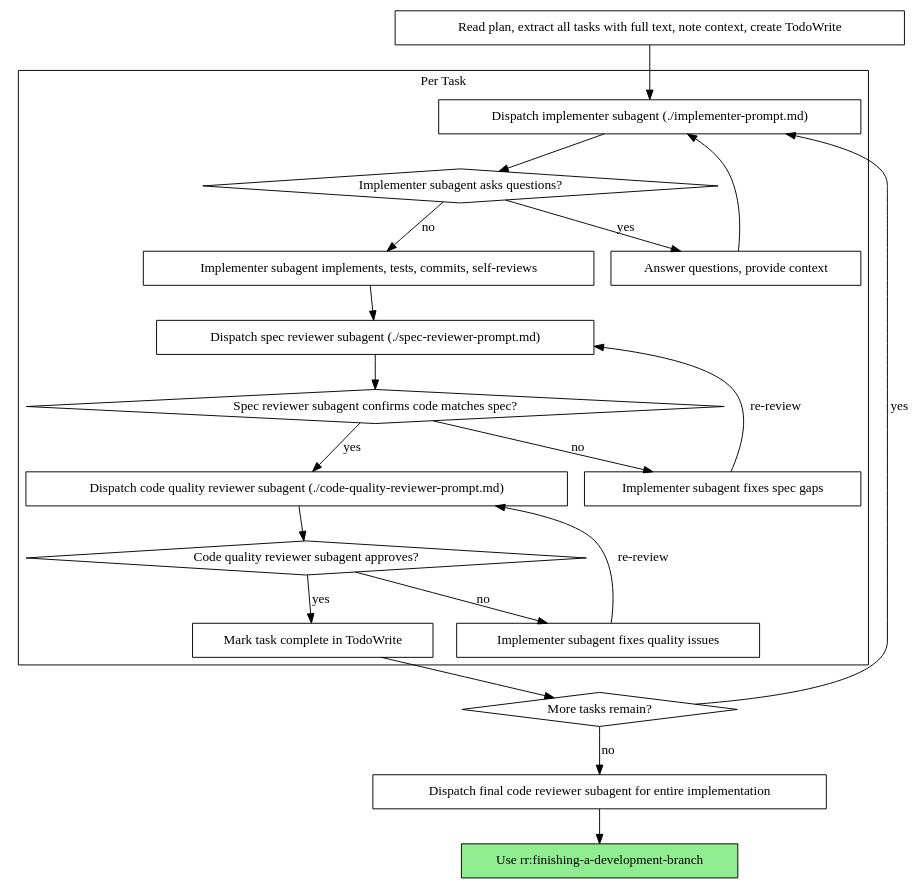
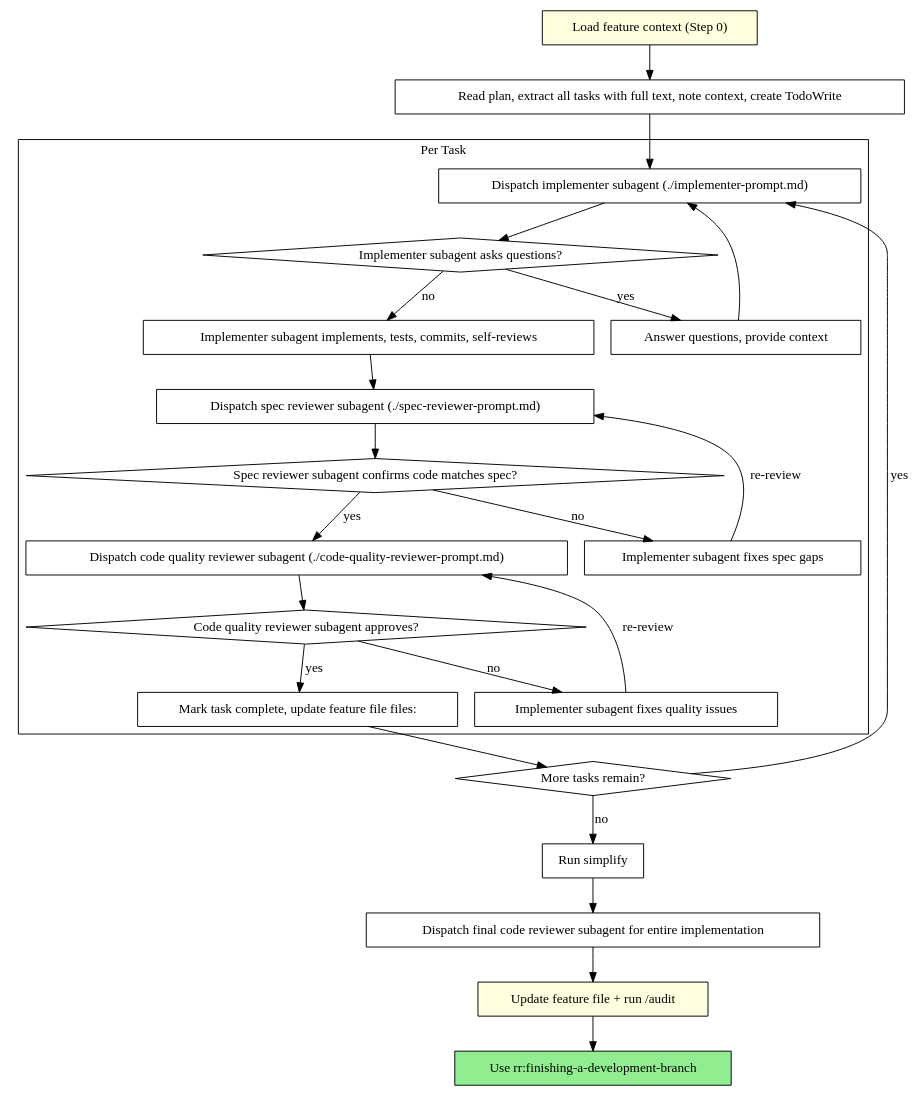
The second of 2 diagrams in plugins/rr/skills/subagent-driven-development/SKILL.md (kulfix/rezavo-plugins), drawn with Graphviz before and after one commit. The commit also changed other lines of this file and 3 other files, not shown here.

First line of the commit message:
feat(rr): v1.0.1 — feature-context enforcement, simplify step

````diff
--- a/plugins/rr/skills/subagent-driven-development/SKILL.md
+++ b/plugins/rr/skills/subagent-driven-development/SKILL.md
@@ -40,44 +49,51 @@
 ```dot
 digraph process {
     rankdir=TB;
+
+    "Load feature context (Step 0)" [shape=box style=filled fillcolor=lightyellow];
 
     subgraph cluster_per_task {
         label="Per Task";
         "Dispatch implementer subagent (./implementer-prompt.md)" [shape=box];
         "Implementer subagent asks questions?" [shape=diamond];
         "Answer questions, provide context" [shape=box];
         "Implementer subagent implements, tests, commits, self-reviews" [shape=box];
         "Dispatch spec reviewer subagent (./spec-reviewer-prompt.md)" [shape=box];
         "Spec reviewer subagent confirms code matches spec?" [shape=diamond];
         "Implementer subagent fixes spec gaps" [shape=box];
         "Dispatch code quality reviewer subagent (./code-quality-reviewer-prompt.md)" [shape=box];
         "Code quality reviewer subagent approves?" [shape=diamond];
         "Implementer subagent fixes quality issues" [shape=box];
-        "Mark task complete in TodoWrite" [shape=box];
+        "Mark task complete, update feature file files:" [shape=box];
     }
 
     "Read plan, extract all tasks with full text, note context, create TodoWrite" [shape=box];
     "More tasks remain?" [shape=diamond];
+    "Run simplify" [shape=box];
     "Dispatch final code reviewer subagent for entire implementation" [shape=box];
+    "Update feature file + run /audit" [shape=box style=filled fillcolor=lightyellow];
     "Use rr:finishing-a-development-branch" [shape=box style=filled fillcolor=lightgreen];
 
+    "Load feature context (Step 0)" -> "Read plan, extract all tasks with full text, note context, create TodoWrite";
     "Read plan, extract all tasks with full text, note context, create TodoWrite" -> "Dispatch implementer subagent (./implementer-prompt.md)";
     "Dispatch implementer subagent (./implementer-prompt.md)" -> "Implementer subagent asks questions?";
     "Implementer subagent asks questions?" -> "Answer questions, provide context" [label="yes"];
     "Answer questions, provide context" -> "Dispatch implementer subagent (./implementer-prompt.md)";
     "Implementer subagent asks questions?" -> "Implementer subagent implements, tests, commits, self-reviews" [label="no"];
     "Implementer subagent implements, tests, commits, self-reviews" -> "Dispatch spec reviewer subagent (./spec-reviewer-prompt.md)";
     "Dispatch spec reviewer subagent (./spec-reviewer-prompt.md)" -> "Spec reviewer subagent confirms code matches spec?";
     "Spec reviewer subagent confirms code matches spec?" -> "Implementer subagent fixes spec gaps" [label="no"];
     "Implementer subagent fixes spec gaps" -> "Dispatch spec reviewer subagent (./spec-reviewer-prompt.md)" [label="re-review"];
     "Spec reviewer subagent confirms code matches spec?" -> "Dispatch code quality reviewer subagent (./code-quality-reviewer-prompt.md)" [label="yes"];
     "Dispatch code quality reviewer subagent (./code-quality-reviewer-prompt.md)" -> "Code quality reviewer subagent approves?";
     "Code quality reviewer subagent approves?" -> "Implementer subagent fixes quality issues" [label="no"];
     "Implementer subagent fixes quality issues" -> "Dispatch code quality reviewer subagent (./code-quality-reviewer-prompt.md)" [label="re-review"];
-    "Code quality reviewer subagent approves?" -> "Mark task complete in TodoWrite" [label="yes"];
-    "Mark task complete in TodoWrite" -> "More tasks remain?";
+    "Code quality reviewer subagent approves?" -> "Mark task complete, update feature file files:" [label="yes"];
+    "Mark task complete, update feature file files:" -> "More tasks remain?";
     "More tasks remain?" -> "Dispatch implementer subagent (./implementer-prompt.md)" [label="yes"];
-    "More tasks remain?" -> "Dispatch final code reviewer subagent for entire implementation" [label="no"];
-    "Dispatch final code reviewer subagent for entire implementation" -> "Use rr:finishing-a-development-branch";
+    "More tasks remain?" -> "Run simplify" [label="no"];
+    "Run simplify" -> "Dispatch final code reviewer subagent for entire implementation";
+    "Dispatch final code reviewer subagent for entire implementation" -> "Update feature file + run /audit";
+    "Update feature file + run /audit" -> "Use rr:finishing-a-development-branch";
 }
 ```
````
